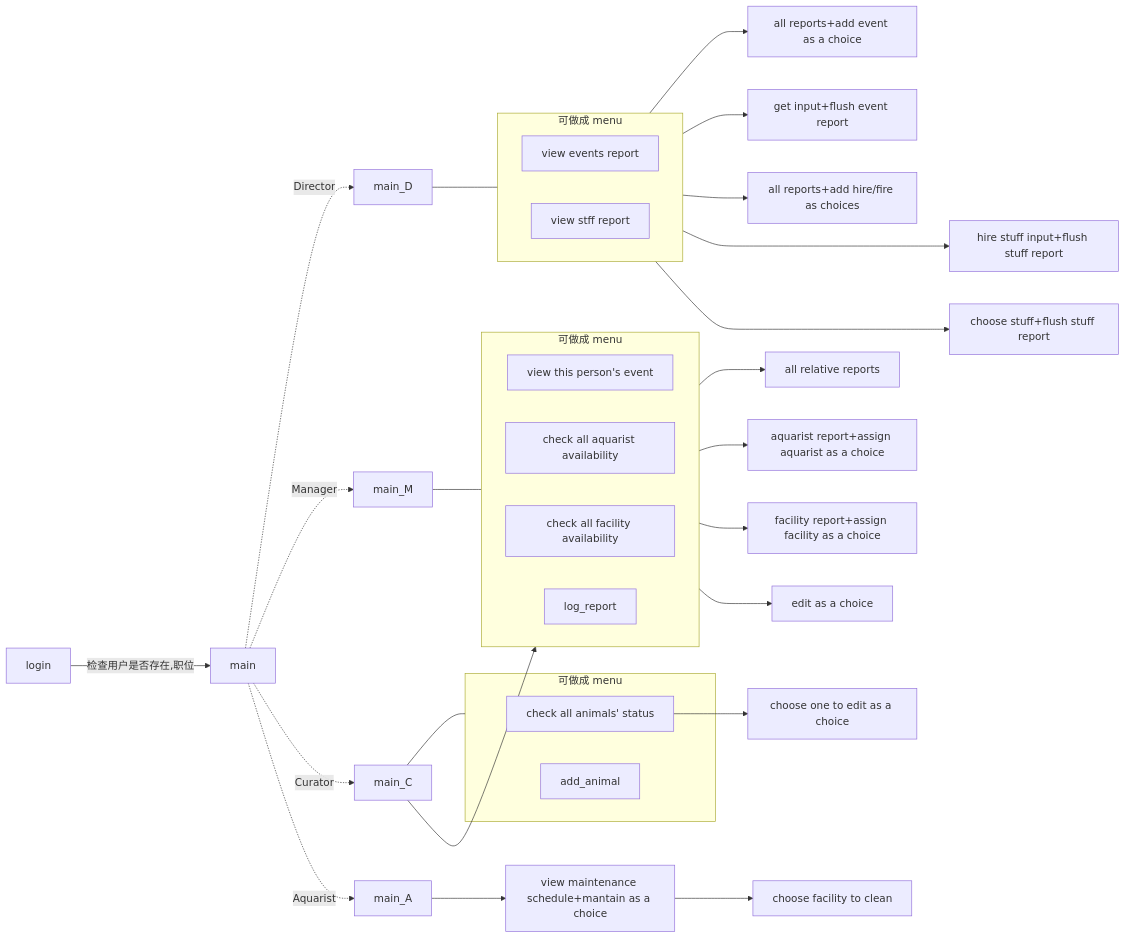
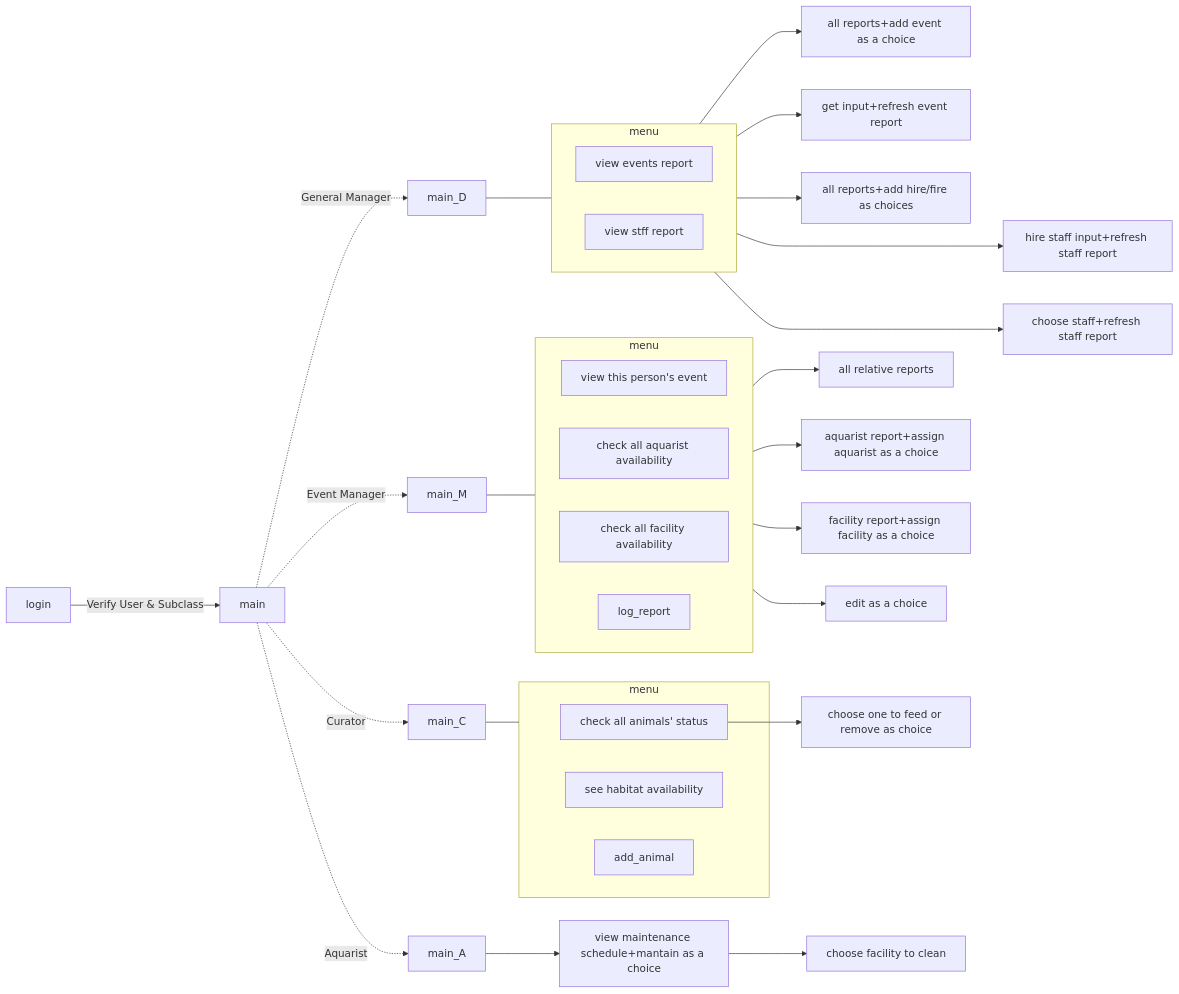
The second of 3 diagrams in README.md (HONGKAI123/Aquarium_Management_System), drawn with Mermaid before and after one commit. The commit also changed 1 other file, not shown here.

Commit message:
edited architecture diagram for language

````diff
--- a/README.md
+++ b/README.md
@@ -97,50 +97,51 @@
 ```mermaid
 flowchart LR
-subgraph menu_d[可做成 menu]
+subgraph menu_d[menu]
 direction LR
 e_report[view events report]
 %% new_event[create new event] 
 s_report[view stff report]
 end
 
-subgraph menu_m[可做成 menu]
+subgraph menu_m[menu]
 direction LR
 e_single_report[view this person's event]
 aquarist_check[check all aquarist availability]
 facility_check[check all facility availability]
 log_report
 end
 
-subgraph menu_c[可做成 menu]
+subgraph menu_c[menu]
 check_animal[check all animals' status]
+facility_check_c[see habitat availability]
 add_animal
 end
 
 
 
-login-->|检查用户是否存在,职位|main;
-main-.->|Director|main_D;
-main-.->|Manager|main_M;
+login-->|Verify User & Subclass|main;
+main-.->|General Manager|main_D;
+main-.->|Event Manager|main_M;
 main-.->|Curator|main_C;
 main-.->|Aquarist|main_A;
 
 main_D --- menu_d;
 e_report-->e_show[all reports+add event as a choice]
-e_report-->create_new_event[get input+flush event report]
+e_report-->create_new_event[get input+refresh event report]
 s_report-->s_show[all reports+add hire/fire as choices]
-s_report--->stuff_hire[hire stuff input+flush stuff report]
-s_report--->stuff_fire[choose stuff+flush stuff report]
+s_report--->staff_hire[hire staff input+refresh staff report]
+s_report--->staff_fire[choose staff+refresh staff report]
 
 main_M --- menu_m;
 e_single_report-->e_s_r_show[all relative reports]
 aquarist_check-->ac[aquarist report+assign aquarist as a choice]
 facility_check-->fc[facility report+assign facility as a choice]
 log_report-->lr[edit as a choice]
 
 main_C --- menu_c;
-check_animal-->animal_edit[choose one to edit as a choice]
-main_C-->facility_check
+check_animal-->animal_edit[choose one to feed or remove as choice]
+
 
 main_A --> vmc[view maintenance schedule+mantain as a choice];
 vmc --> mantain[choose facility to clean ]
 ```
````
